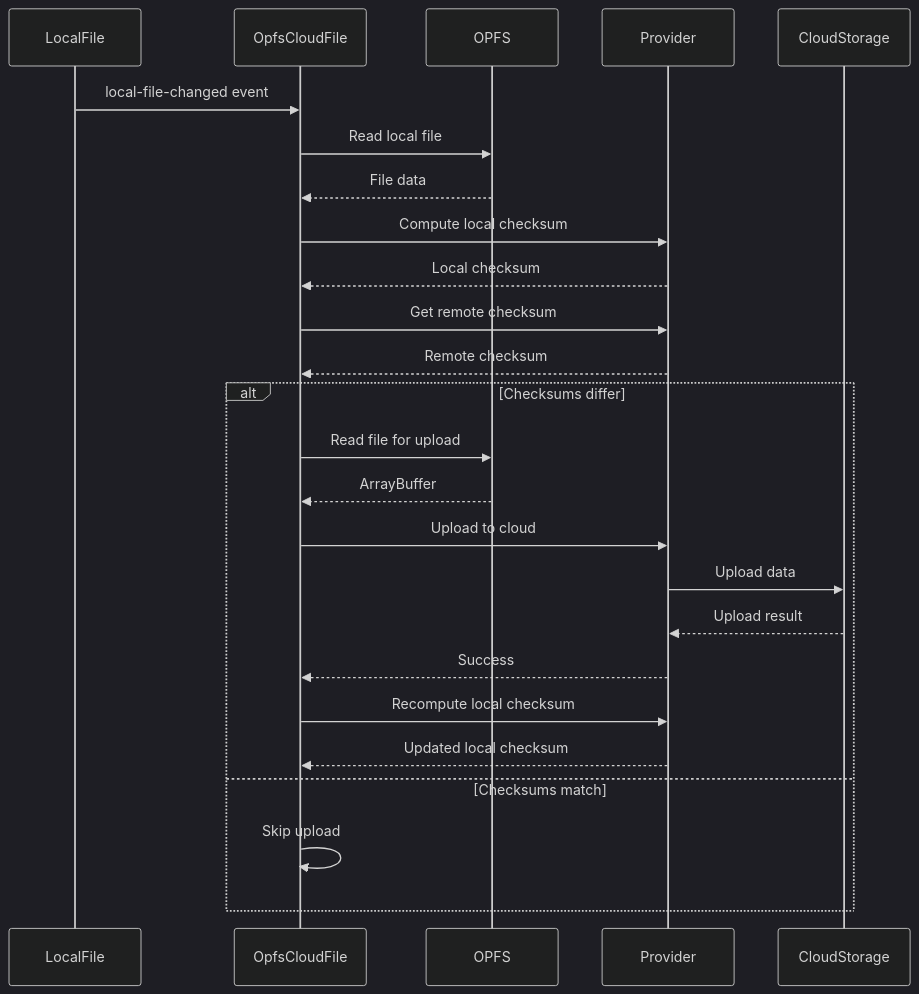
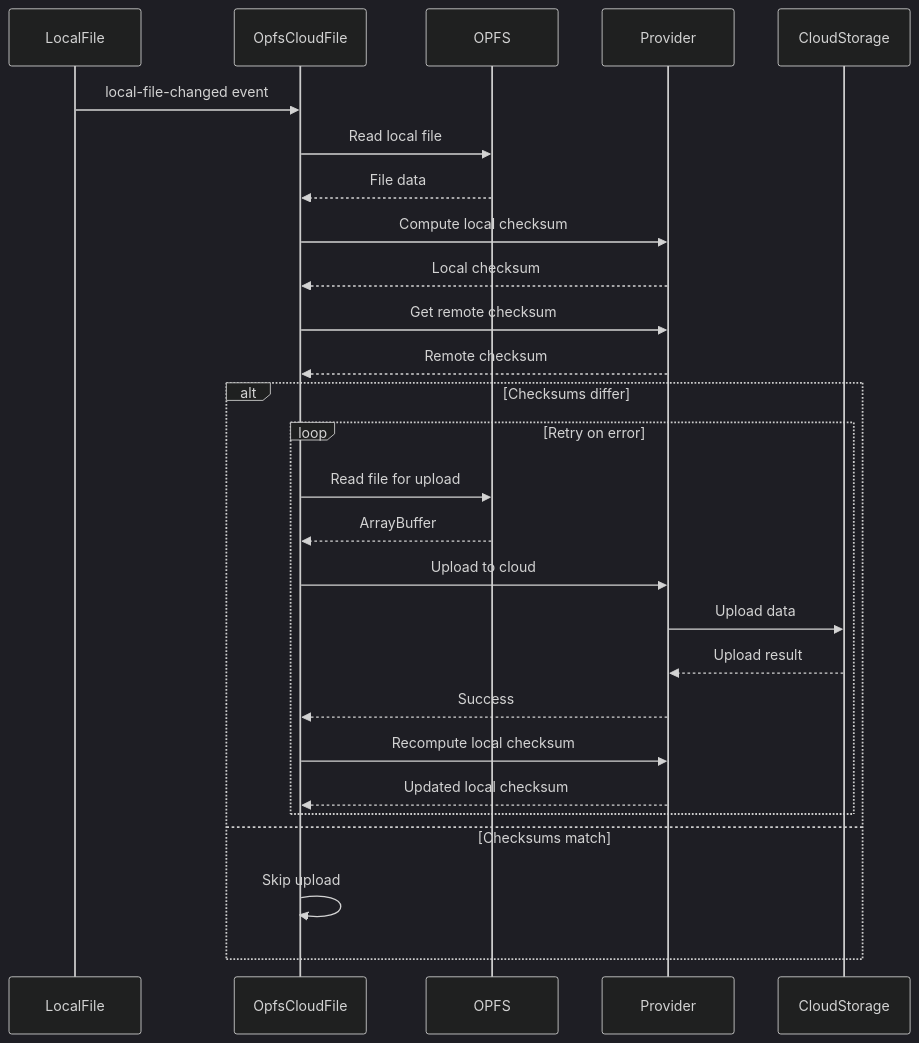
The sixth of 16 diagrams in openspec/specs/opfs-cloud-file/spec.md (gjchentw/opfs-cloud-file), drawn with Mermaid (dark theme) before and after one commit. The commit also changed other lines of this file and 29 other files, not shown here.

First line of the commit message:
release: v0.1.5 - harden opfs-cloud-file

````diff
--- a/openspec/specs/opfs-cloud-file/spec.md
+++ b/openspec/specs/opfs-cloud-file/spec.md
@@ -323,29 +324,31 @@
 ```mermaid
 sequenceDiagram
     participant LocalFile
     participant OpfsCloudFile
     participant OPFS
     participant Provider
     participant CloudStorage
     
     LocalFile->>OpfsCloudFile: local-file-changed event
     OpfsCloudFile->>OPFS: Read local file
     OPFS-->>OpfsCloudFile: File data
     OpfsCloudFile->>Provider: Compute local checksum
     Provider-->>OpfsCloudFile: Local checksum
     OpfsCloudFile->>Provider: Get remote checksum
     Provider-->>OpfsCloudFile: Remote checksum
     
     alt Checksums differ
-        OpfsCloudFile->>OPFS: Read file for upload
-        OPFS-->>OpfsCloudFile: ArrayBuffer
-        OpfsCloudFile->>Provider: Upload to cloud
-        Provider->>CloudStorage: Upload data
-        CloudStorage-->>Provider: Upload result
-        Provider-->>OpfsCloudFile: Success
-        OpfsCloudFile->>Provider: Recompute local checksum
-        Provider-->>OpfsCloudFile: Updated local checksum
+        loop Retry on error
+            OpfsCloudFile->>OPFS: Read file for upload
+            OPFS-->>OpfsCloudFile: ArrayBuffer
+            OpfsCloudFile->>Provider: Upload to cloud
+            Provider->>CloudStorage: Upload data
+            CloudStorage-->>Provider: Upload result
+            Provider-->>OpfsCloudFile: Success
+            OpfsCloudFile->>Provider: Recompute local checksum
+            Provider-->>OpfsCloudFile: Updated local checksum
+        end
     else Checksums match
         OpfsCloudFile->>OpfsCloudFile: Skip upload
     end
 ```
````
